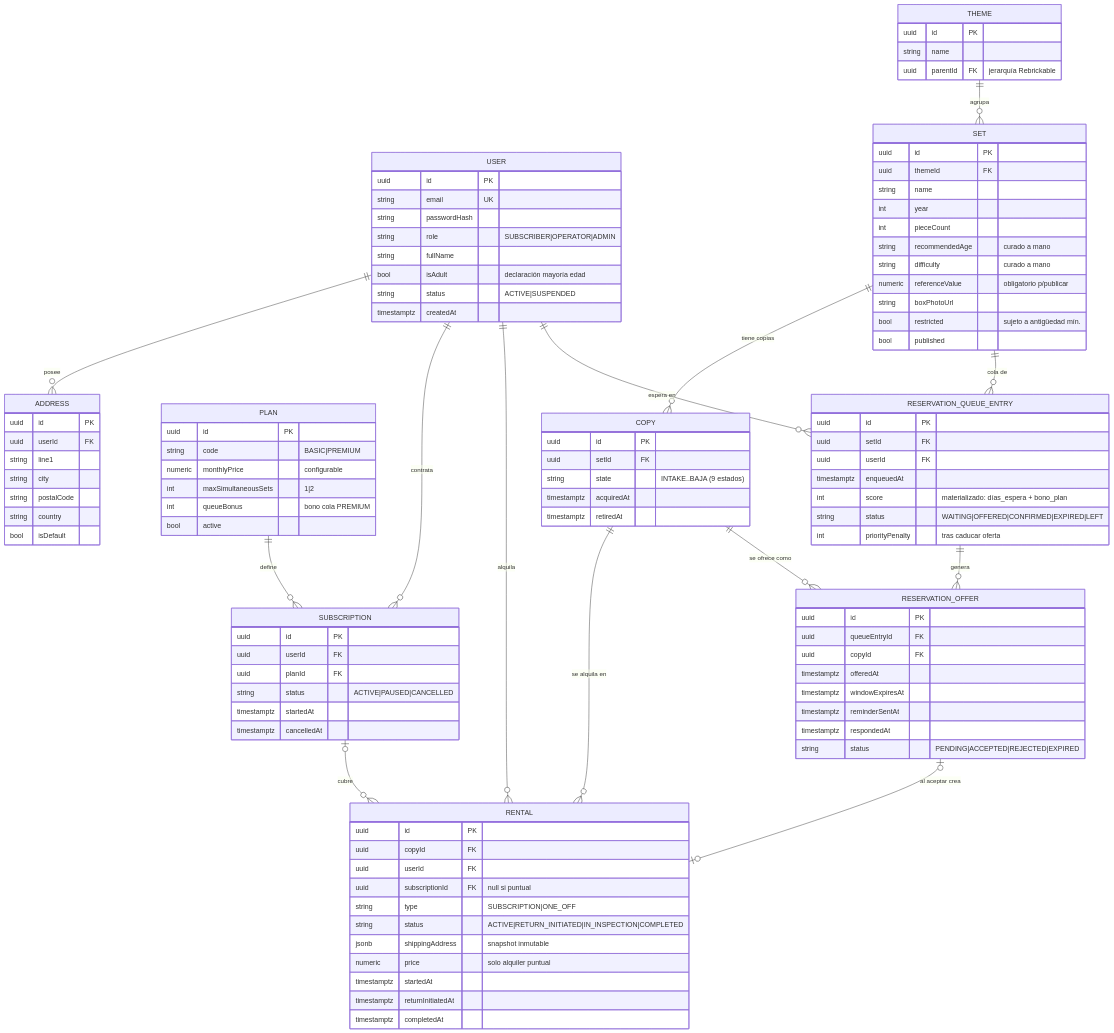
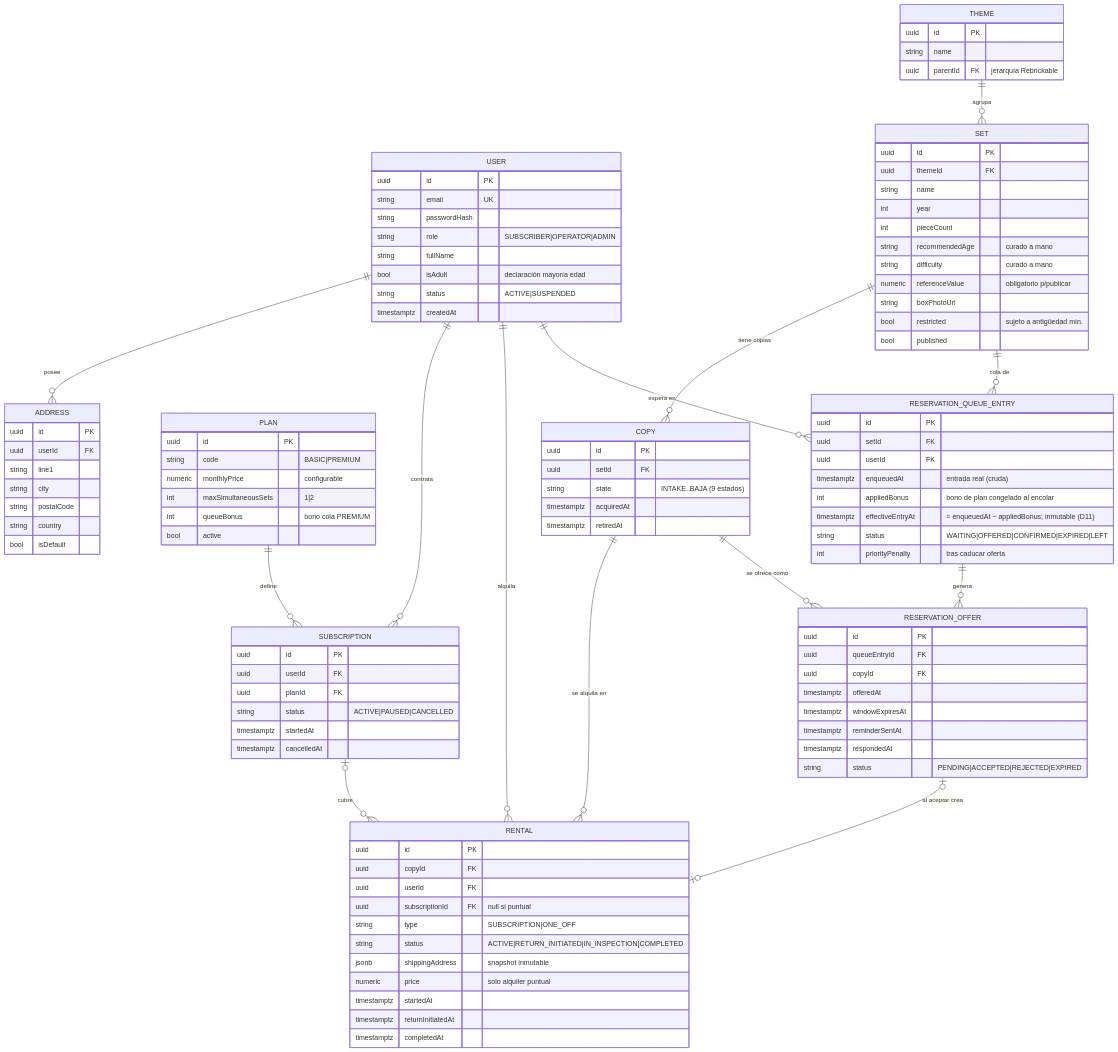
One commit to LIDR-academy/AI4Devs-finalproject changed the third of 6 diagrams in documents/PRD.md. Above: the diagram before and after it, drawn with Mermaid. The commit also changed other lines of this file and 10 other files, not shown here.

```diff
--- a/documents/PRD.md
+++ b/documents/PRD.md
@@ -626,8 +640,9 @@
         uuid id PK
         uuid setId FK
         uuid userId FK
-        timestamptz enqueuedAt
-        int score "materializado: días_espera + bono_plan"
+        timestamptz enqueuedAt "entrada real (cruda)"
+        int appliedBonus "bono de plan congelado al encolar"
+        timestamptz effectiveEntryAt "= enqueuedAt − appliedBonus; inmutable (D11)"
         string status "WAITING|OFFERED|CONFIRMED|EXPIRED|LEFT"
         int priorityPenalty "tras caducar oferta"
     }
```
